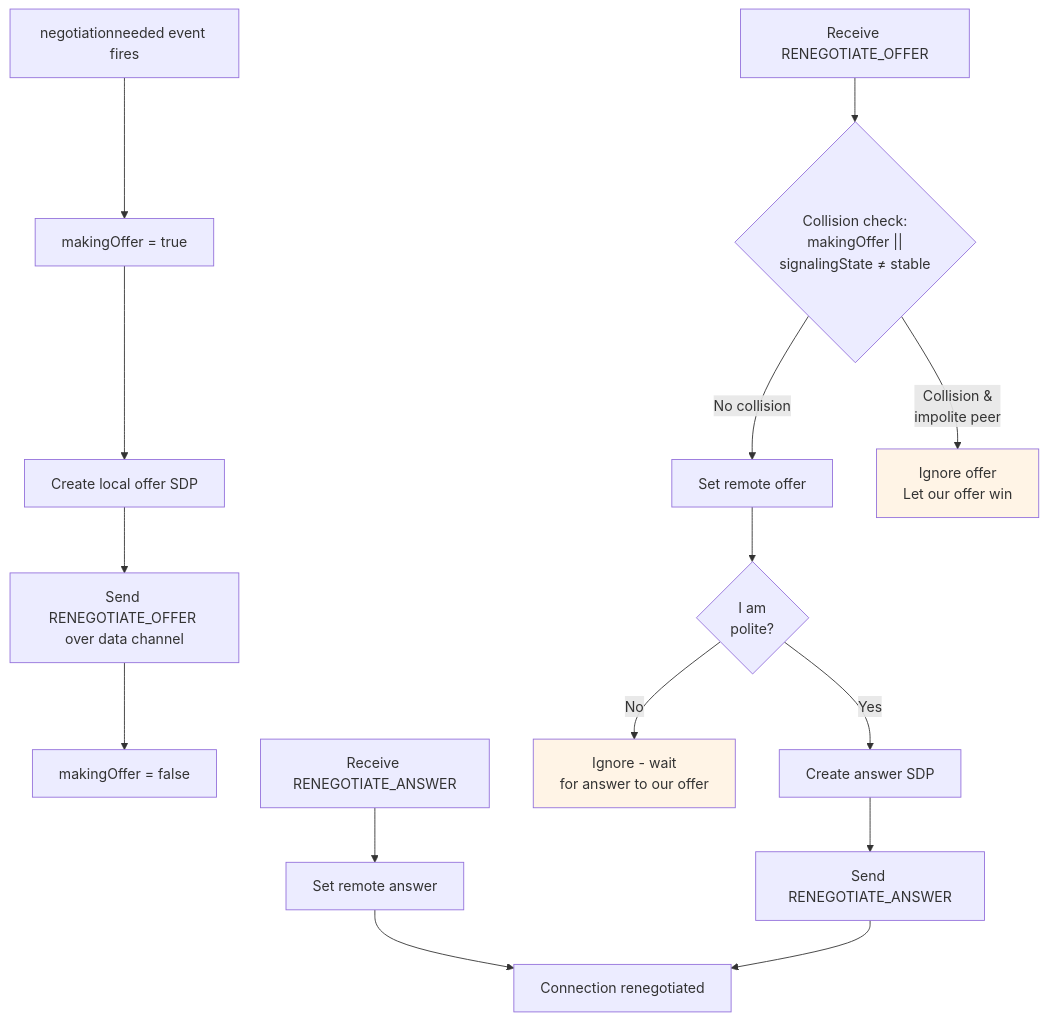
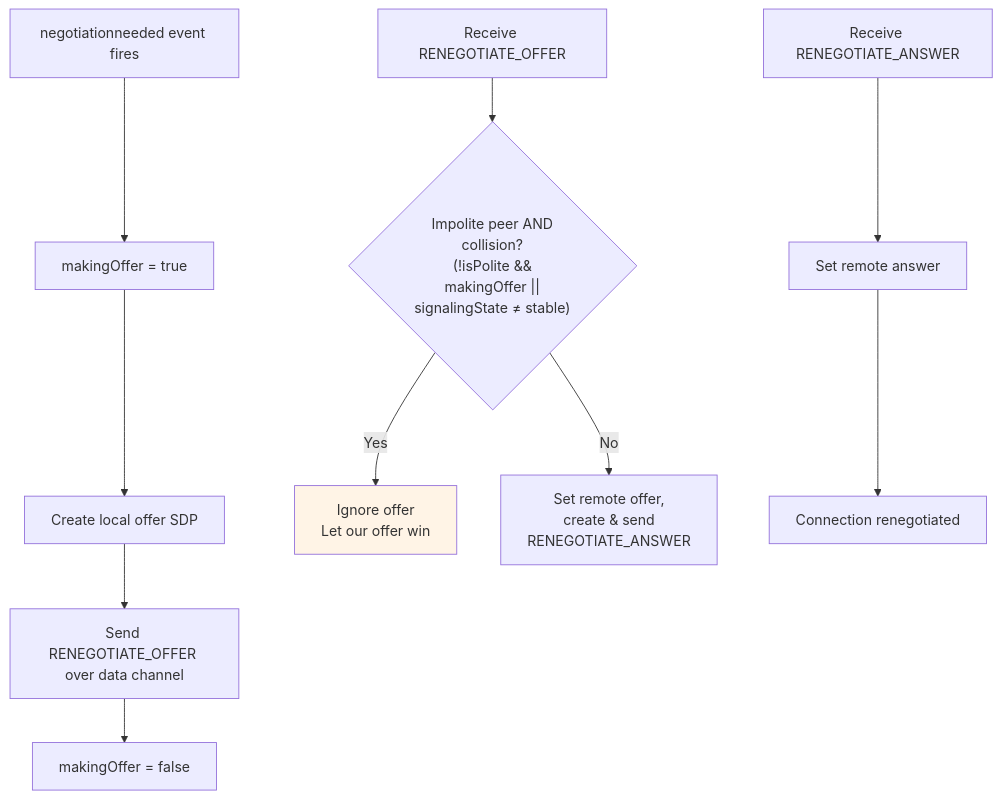
One commit to jvranish/webrtc-p2p changed the second of 6 diagrams in ARCHITECTURE.md. Above: the diagram before and after it, drawn with Mermaid. The commit also changed other lines of this file and 1 other file, not shown here.

Commit message:
Updated readme and architecture docs

````diff
--- a/ARCHITECTURE.md
+++ b/ARCHITECTURE.md
@@ -69,24 +63,16 @@
 ```mermaid
 flowchart TD
     A["negotiationneeded event fires"] --> B["makingOffer = true"]
     B --> C["Create local offer SDP"]
     C --> D["Send RENEGOTIATE_OFFER over data channel"]
     D --> E["makingOffer = false"]
 
-    F["Receive RENEGOTIATE_OFFER"] --> G{"Collision check:<br/>makingOffer ||<br/>signalingState ≠ stable"}
-    G -->|No collision| H["Set remote offer"]
-    G -->|Collision &<br/>impolite peer| I["Ignore offer<br/>Let our offer win"]
+    F["Receive RENEGOTIATE_OFFER"] --> G{"Impolite peer AND<br/>collision?<br/>(!isPolite &&<br/>makingOffer ||<br/>signalingState ≠ stable)"}
+    G -->|Yes| I["Ignore offer<br/>Let our offer win"]
+    G -->|No| H["Set remote offer,<br/>create & send<br/>RENEGOTIATE_ANSWER"]
 
-    H --> J{"I am<br/>polite?"}
-    J -->|Yes| K["Create answer SDP"]
-    J -->|No| L["Ignore - wait<br/>for answer to our offer"]
-
-    K --> M["Send RENEGOTIATE_ANSWER"]
-
-    N["Receive RENEGOTIATE_ANSWER"] --> O["Set remote answer"]
-    O --> P["Connection renegotiated"]
-    M --> P
+    J["Receive RENEGOTIATE_ANSWER"] --> K["Set remote answer"]
+    K --> L["Connection renegotiated"]
 
     style I fill:#fff4e6
-    style L fill:#fff4e6
 ```
````
